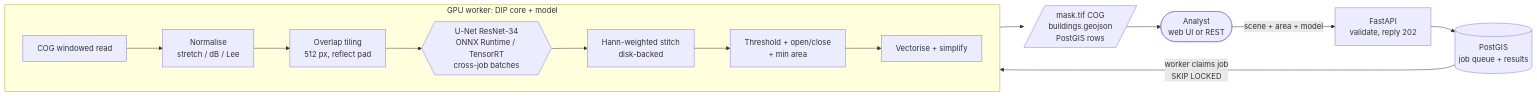
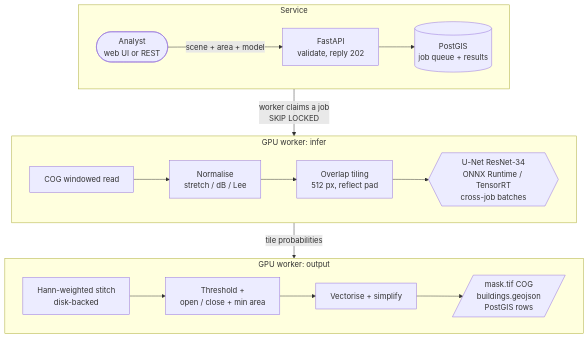
The diagram in README.md (jarvisxys/geoinfer-airgap), drawn with Mermaid before and after one commit.

Commit message:
docs: three-row architecture diagram in readme

````diff
--- a/README.md
+++ b/README.md
@@ -85,19 +85,22 @@
 ```mermaid
-flowchart LR
-    U([Analyst<br/>web UI or REST]) -->|scene + area + model| API[FastAPI<br/>validate, reply 202]
-    API --> DB[(PostGIS<br/>job queue + results)]
-    DB -->|worker claims job<br/>SKIP LOCKED| IO
-
-    subgraph W [GPU worker: DIP core + model]
+flowchart TB
+    subgraph SVC [Service]
+        direction LR
+        U([Analyst<br/>web UI or REST]) -->|scene + area + model| API[FastAPI<br/>validate, reply 202]
+        API --> DB[(PostGIS<br/>job queue + results)]
+    end
+    subgraph PRE [GPU worker: infer]
         direction LR
         IO[COG windowed read] --> N[Normalise<br/>stretch / dB / Lee]
         N --> T[Overlap tiling<br/>512 px, reflect pad]
         T --> M{{U-Net ResNet-34<br/>ONNX Runtime / TensorRT<br/>cross-job batches}}
-        M --> S[Hann-weighted stitch<br/>disk-backed]
-        S --> P[Threshold + open/close<br/>+ min area]
+    end
+    subgraph POST [GPU worker: output]
+        direction LR
+        S[Hann-weighted stitch<br/>disk-backed] --> P[Threshold +<br/>open / close + min area]
         P --> V[Vectorise + simplify]
+        V --> O[/mask.tif COG<br/>buildings.geojson<br/>PostGIS rows/]
     end
-
-    V --> O[/mask.tif COG<br/>buildings.geojson<br/>PostGIS rows/]
-    O --> U
+    SVC -->|worker claims a job<br/>SKIP LOCKED| PRE
+    PRE -->|tile probabilities| POST
 ```
````
